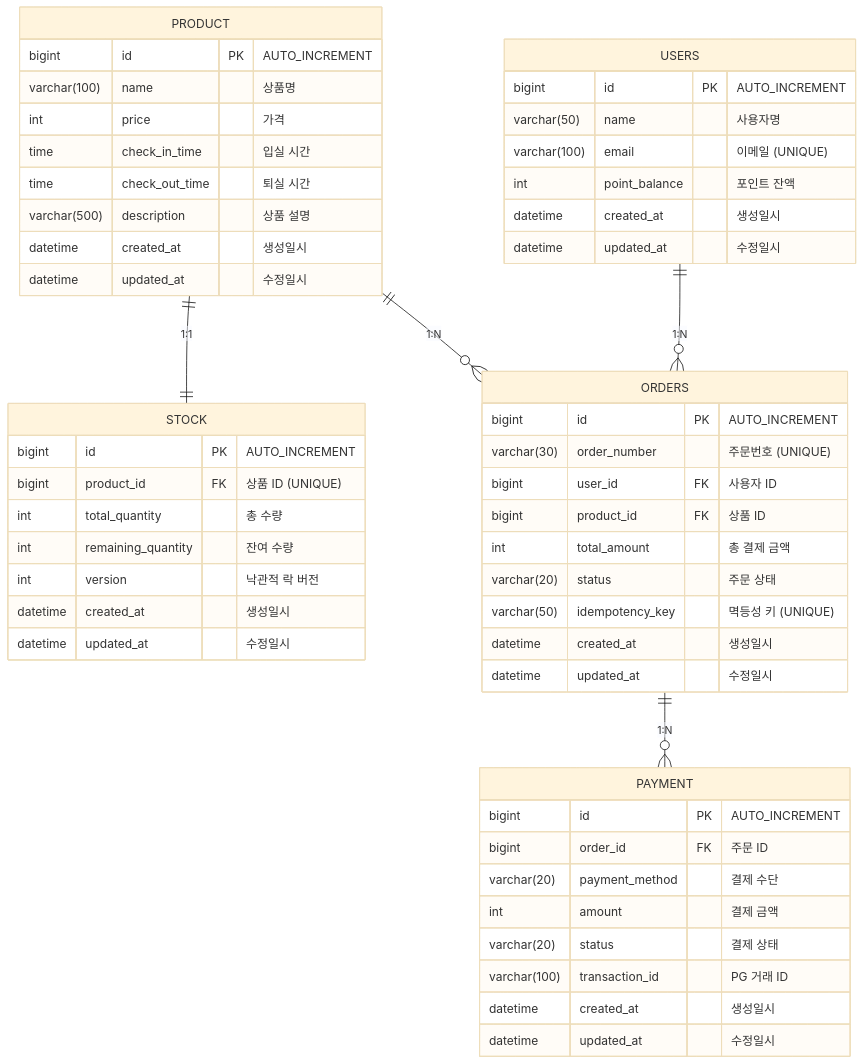
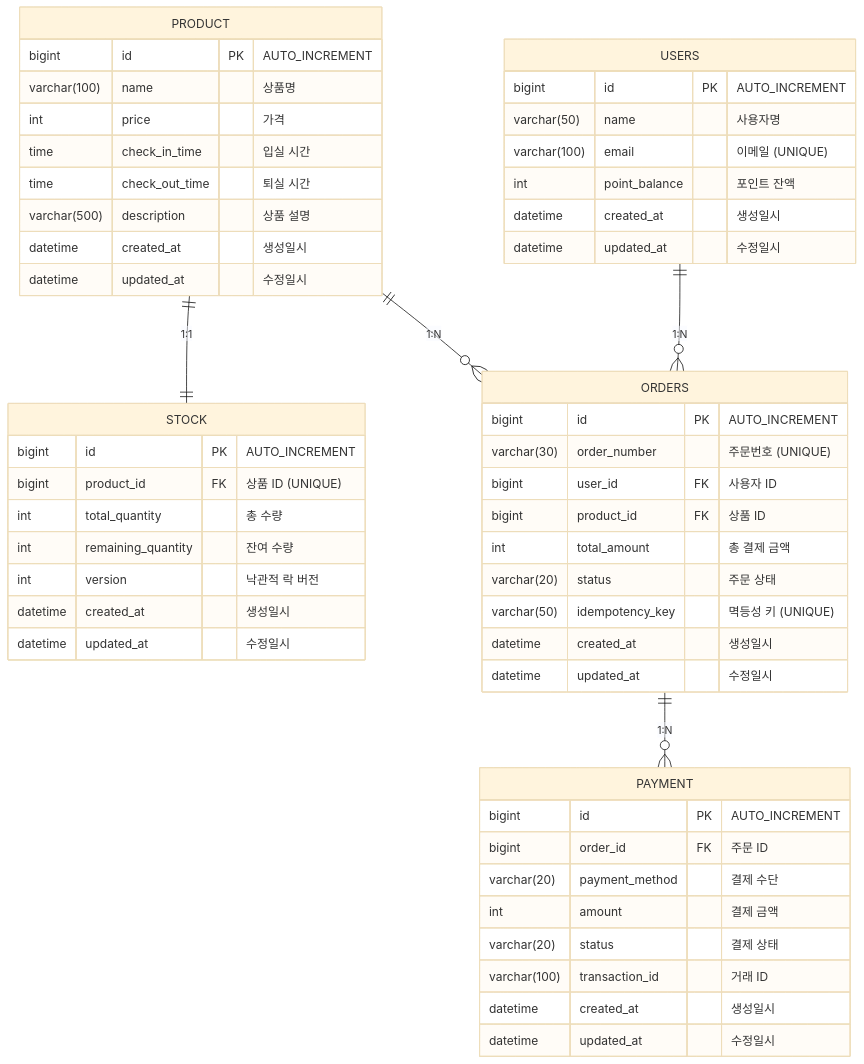
Before and after one commit to hyunmin0317/reservation-payment-platform: the diagram in docs/erd.md, drawn with Mermaid (base theme). The commit also changed other lines of this file and 8 other files, not shown here.

Commit message:
refactor: 필드명 통일 (paymentMethod → method) 및 ERD 문서 수정 (#60)

````diff
--- a/docs/erd.md
+++ b/docs/erd.md
@@ -5,60 +5,60 @@
 ```mermaid
 erDiagram
     PRODUCT {
         bigint id PK "AUTO_INCREMENT"
         varchar(100) name "상품명"
         int price "가격"
         time check_in_time "입실 시간"
         time check_out_time "퇴실 시간"
         varchar(500) description "상품 설명"
         datetime created_at "생성일시"
         datetime updated_at "수정일시"
     }
 
     STOCK {
         bigint id PK "AUTO_INCREMENT"
         bigint product_id FK "상품 ID (UNIQUE)"
         int total_quantity "총 수량"
         int remaining_quantity "잔여 수량"
         int version "낙관적 락 버전"
         datetime created_at "생성일시"
         datetime updated_at "수정일시"
     }
 
     USERS {
         bigint id PK "AUTO_INCREMENT"
         varchar(50) name "사용자명"
         varchar(100) email "이메일 (UNIQUE)"
         int point_balance "포인트 잔액"
         datetime created_at "생성일시"
         datetime updated_at "수정일시"
     }
 
     ORDERS {
         bigint id PK "AUTO_INCREMENT"
         varchar(30) order_number "주문번호 (UNIQUE)"
         bigint user_id FK "사용자 ID"
         bigint product_id FK "상품 ID"
         int total_amount "총 결제 금액"
         varchar(20) status "주문 상태"
         varchar(50) idempotency_key "멱등성 키 (UNIQUE)"
         datetime created_at "생성일시"
         datetime updated_at "수정일시"
     }
 
     PAYMENT {
         bigint id PK "AUTO_INCREMENT"
         bigint order_id FK "주문 ID"
         varchar(20) payment_method "결제 수단"
         int amount "결제 금액"
         varchar(20) status "결제 상태"
-        varchar(100) transaction_id "PG 거래 ID"
+        varchar(100) transaction_id "거래 ID"
         datetime created_at "생성일시"
         datetime updated_at "수정일시"
     }
 
     PRODUCT ||--|| STOCK : "1:1"
     USERS ||--o{ ORDERS : "1:N"
     PRODUCT ||--o{ ORDERS : "1:N"
     ORDERS ||--o{ PAYMENT : "1:N"
 ```
````
